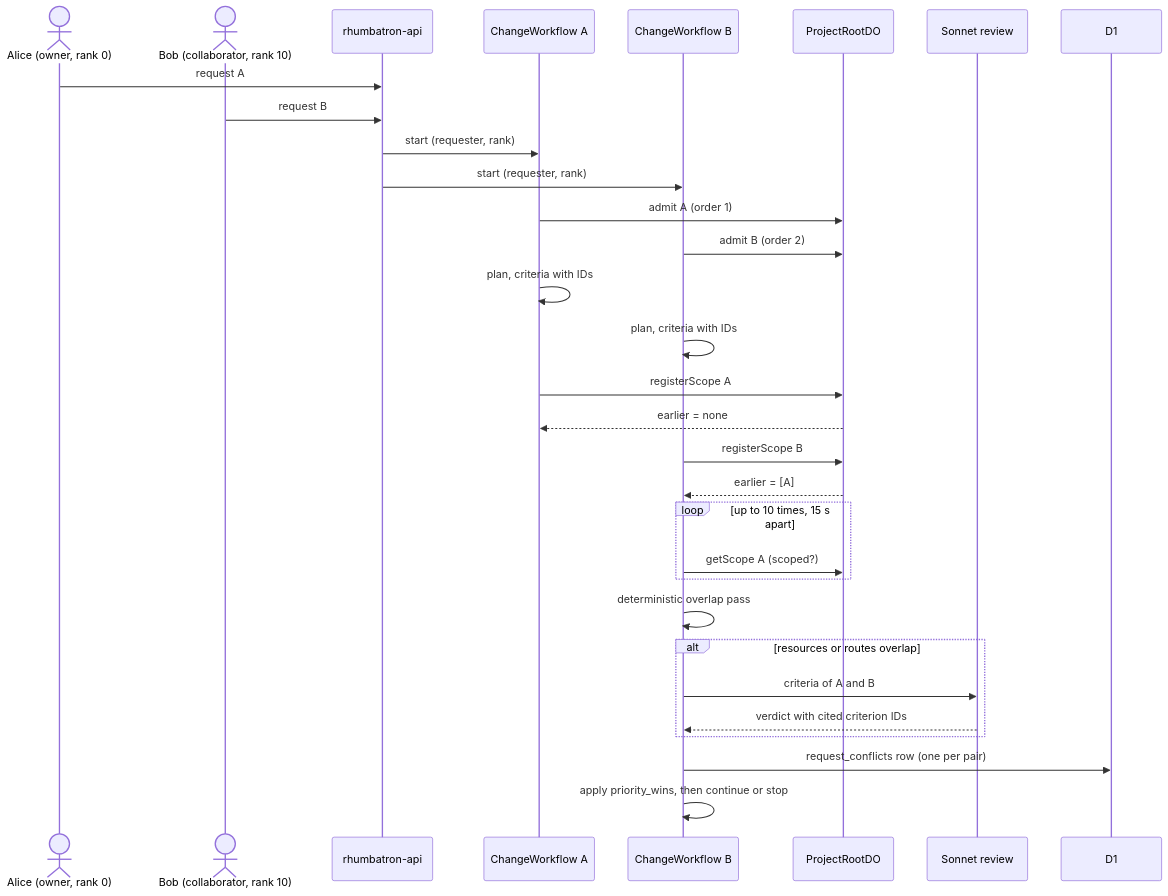
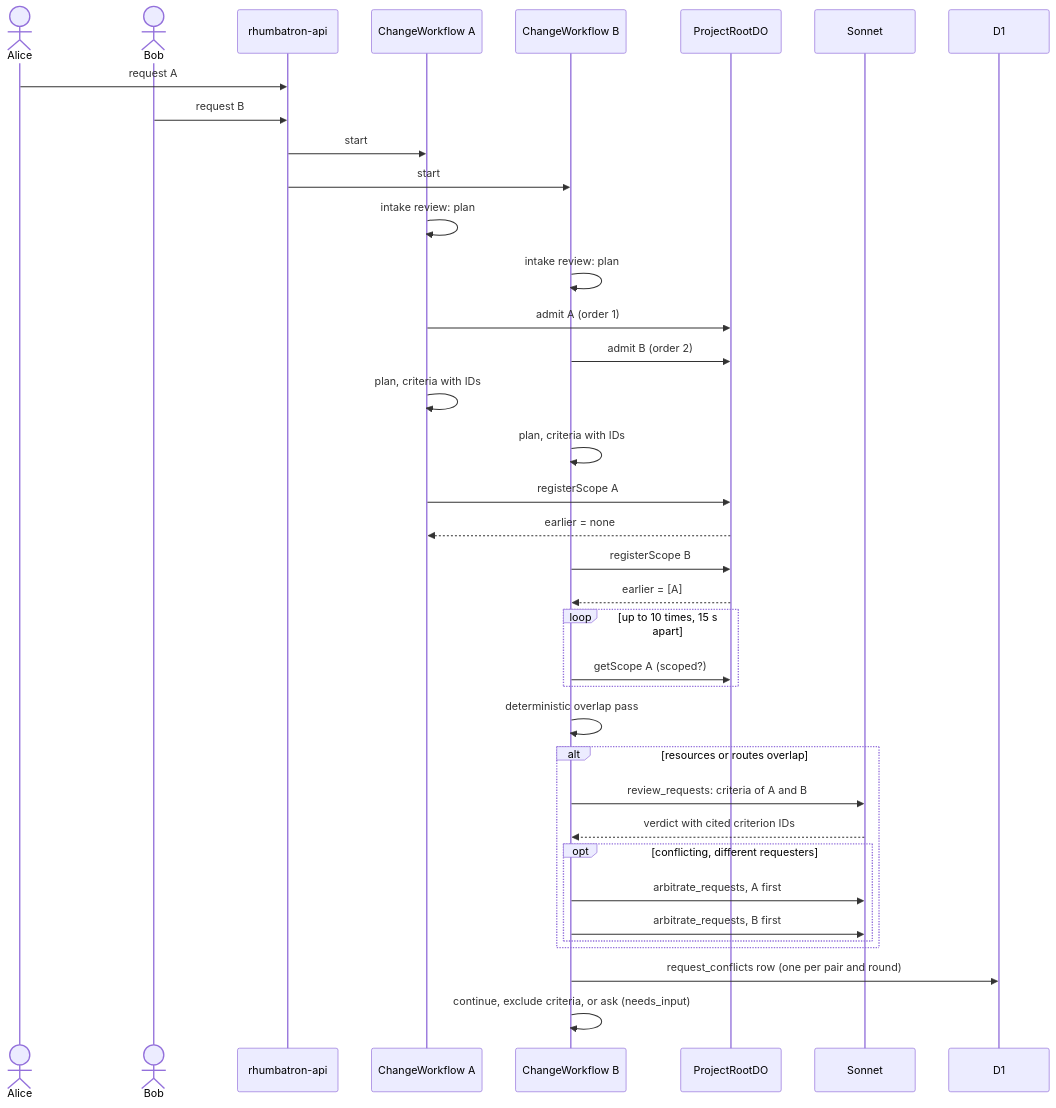
One commit to nsudhanva/rhumbatron changed the second of 3 diagrams in docs/architecture/shared-projects.md. Above: the diagram before and after it, drawn with Mermaid. The commit also changed other lines of this file and 37 other files, not shown here.

First line of the commit message:
feat(integration): intake gate and system-decided requests replace owner priority

````diff
--- a/docs/architecture/shared-projects.md
+++ b/docs/architecture/shared-projects.md
@@ -99,34 +219,40 @@
 ```mermaid
 sequenceDiagram
-  actor A as Alice (owner, rank 0)
-  actor B as Bob (collaborator, rank 10)
+  actor A as Alice
+  actor B as Bob
   participant API as rhumbatron-api
   participant WA as ChangeWorkflow A
   participant WB as ChangeWorkflow B
   participant Root as ProjectRootDO
-  participant Rev as Sonnet review
+  participant Rev as Sonnet
   participant D1
 
   A->>API: request A
   B->>API: request B
-  API->>WA: start (requester, rank)
-  API->>WB: start (requester, rank)
+  API->>WA: start
+  API->>WB: start
+  WA->>WA: intake review: plan
+  WB->>WB: intake review: plan
   WA->>Root: admit A (order 1)
   WB->>Root: admit B (order 2)
   WA->>WA: plan, criteria with IDs
   WB->>WB: plan, criteria with IDs
   WA->>Root: registerScope A
   Root-->>WA: earlier = none
   WB->>Root: registerScope B
   Root-->>WB: earlier = [A]
   loop up to 10 times, 15 s apart
     WB->>Root: getScope A (scoped?)
   end
   WB->>WB: deterministic overlap pass
   alt resources or routes overlap
-    WB->>Rev: criteria of A and B
+    WB->>Rev: review_requests: criteria of A and B
     Rev-->>WB: verdict with cited criterion IDs
+    opt conflicting, different requesters
+      WB->>Rev: arbitrate_requests, A first
+      WB->>Rev: arbitrate_requests, B first
+    end
   end
-  WB->>D1: request_conflicts row (one per pair)
-  WB->>WB: apply priority_wins, then continue or stop
+  WB->>D1: request_conflicts row (one per pair and round)
+  WB->>WB: continue, exclude criteria, or ask (needs_input)
 ```
````
